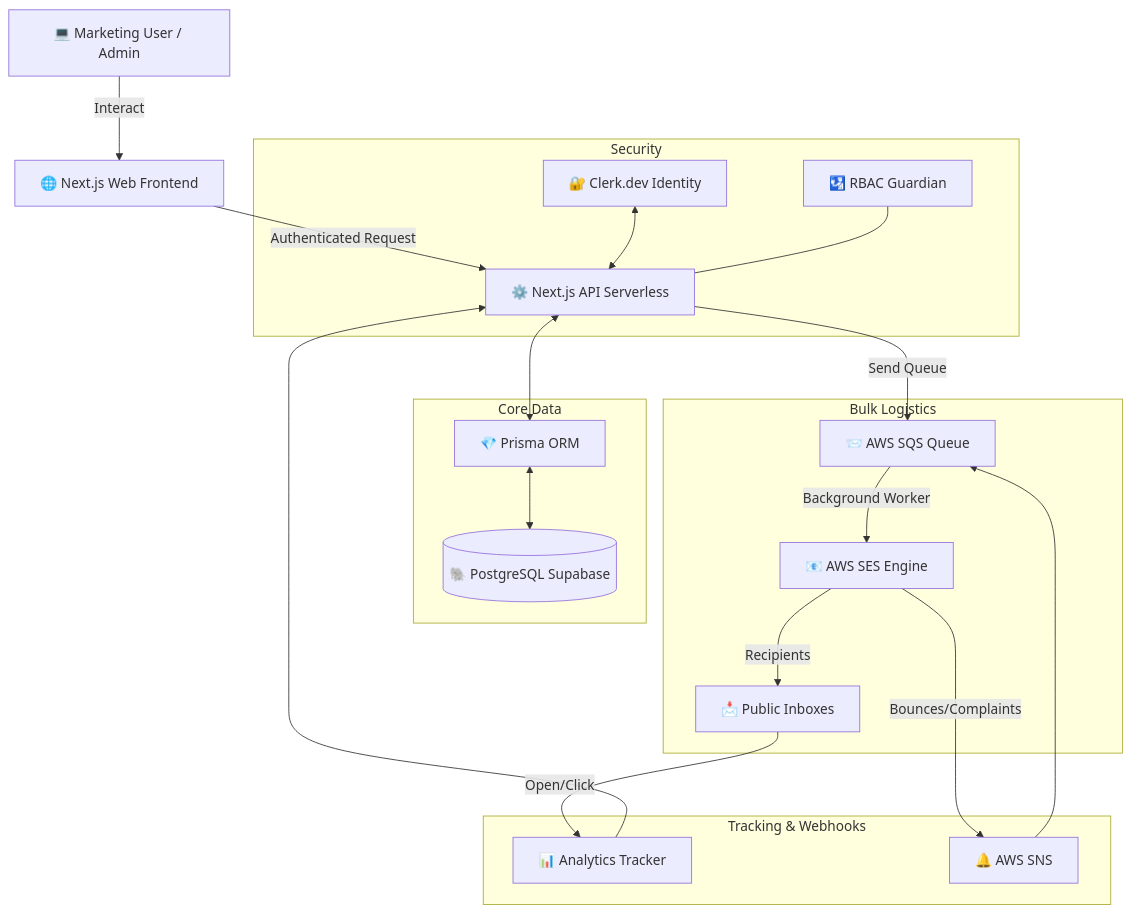
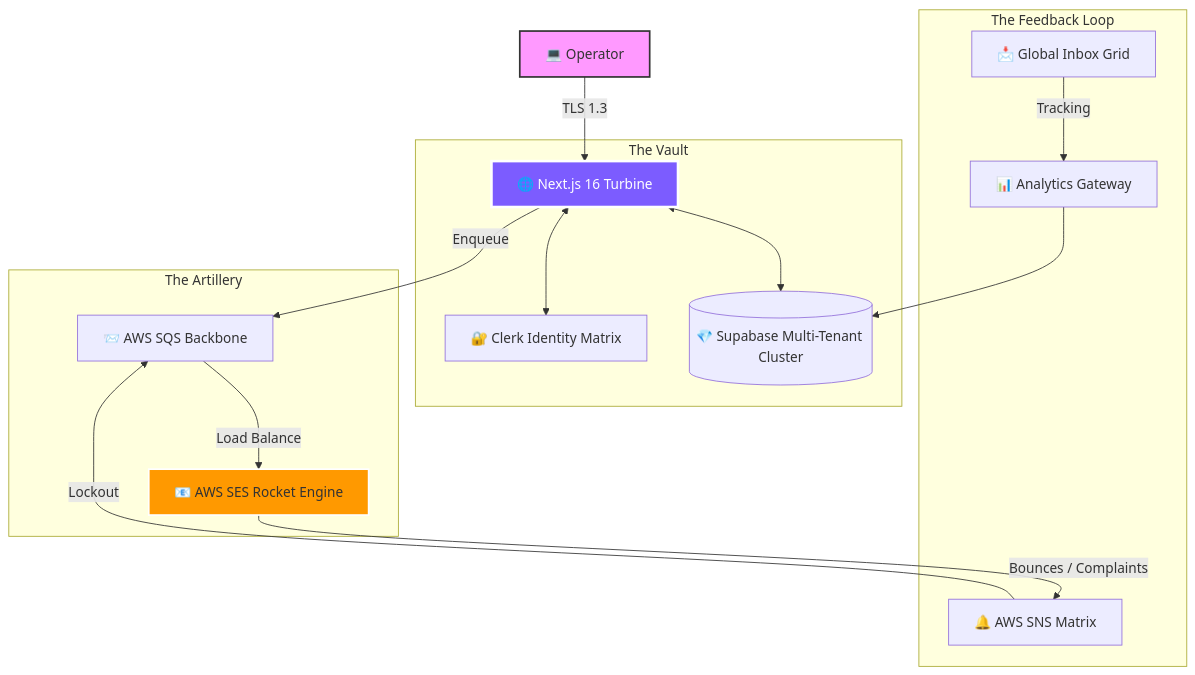
The diagram in README.md (BhargavSaiShashank/TheAiSchool), drawn with Mermaid before and after one commit. The commit also changed other lines of this file, not shown here.

Commit message:
Docs: Unleash the Ultimate Executive README. Max-grade visual styling, high-velocity copy, and hyper-modern badge arrays deployed.

````diff
--- a/README.md
+++ b/README.md
@@ -16,28 +34,27 @@
 ```mermaid
 graph TD
-    User[💻 Marketing User / Admin] -->|Interact| WebUI[🌐 Next.js Web Frontend]
-    WebUI -->|Authenticated Request| API[⚙️ Next.js API Serverless]
+    %% Nodes
+    U[💻 Operator] -->|TLS 1.3| WEB[🌐 Next.js 16 Turbine]
     
-    subgraph Security
-      Clerk[🔐 Clerk.dev Identity] <--> API
-      AuthMe[🛂 RBAC Guardian] --- API
+    subgraph "The Vault"
+      WEB <--> CK[🔐 Clerk Identity Matrix]
+      WEB <--> DB[(💎 Supabase Multi-Tenant Cluster)]
     end
-    
-    subgraph Core Data
-      API <--> Prisma[💎 Prisma ORM]
-      Prisma <--> DB[(🐘 PostgreSQL Supabase)]
+
+    subgraph "The Artillery"
+      WEB -->|Enqueue| SQS[📨 AWS SQS Backbone]
+      SQS -->|Load Balance| SES[📧 AWS SES Rocket Engine]
     end
-    
-    subgraph Bulk Logistics
-      API -->|Send Queue| SQS[📨 AWS SQS Queue]
-      SQS -->|Background Worker| SES[📧 AWS SES Engine]
-      SES -->|Recipients| World[📩 Public Inboxes]
+
+    subgraph "The Feedback Loop"
+      SES -->|Bounces / Complaints| SNS[🔔 AWS SNS Matrix]
+      SNS -->|Lockout| SQS
+      World[📩 Global Inbox Grid] -->|Tracking| API[📊 Analytics Gateway]
+      API --> DB
     end
-    
-    subgraph Tracking & Webhooks
-      World -->|Open/Click| Tracker[📊 Analytics Tracker]
-      Tracker --> API
-      SES -->|Bounces/Complaints| SNS[🔔 AWS SNS]
-      SNS --> SQS
-    end
+
+    %% Styling
+    style U fill:#f9f,stroke:#333,stroke-width:2px
+    style WEB fill:#7C5CFF,stroke:#fff,stroke-width:3px,color:#fff
+    style SES fill:#FF9900,stroke:#fff,stroke-width:2px
 ```
````
